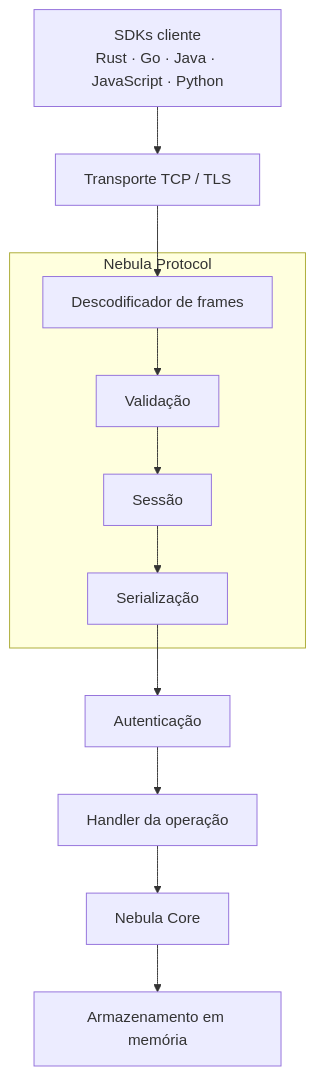
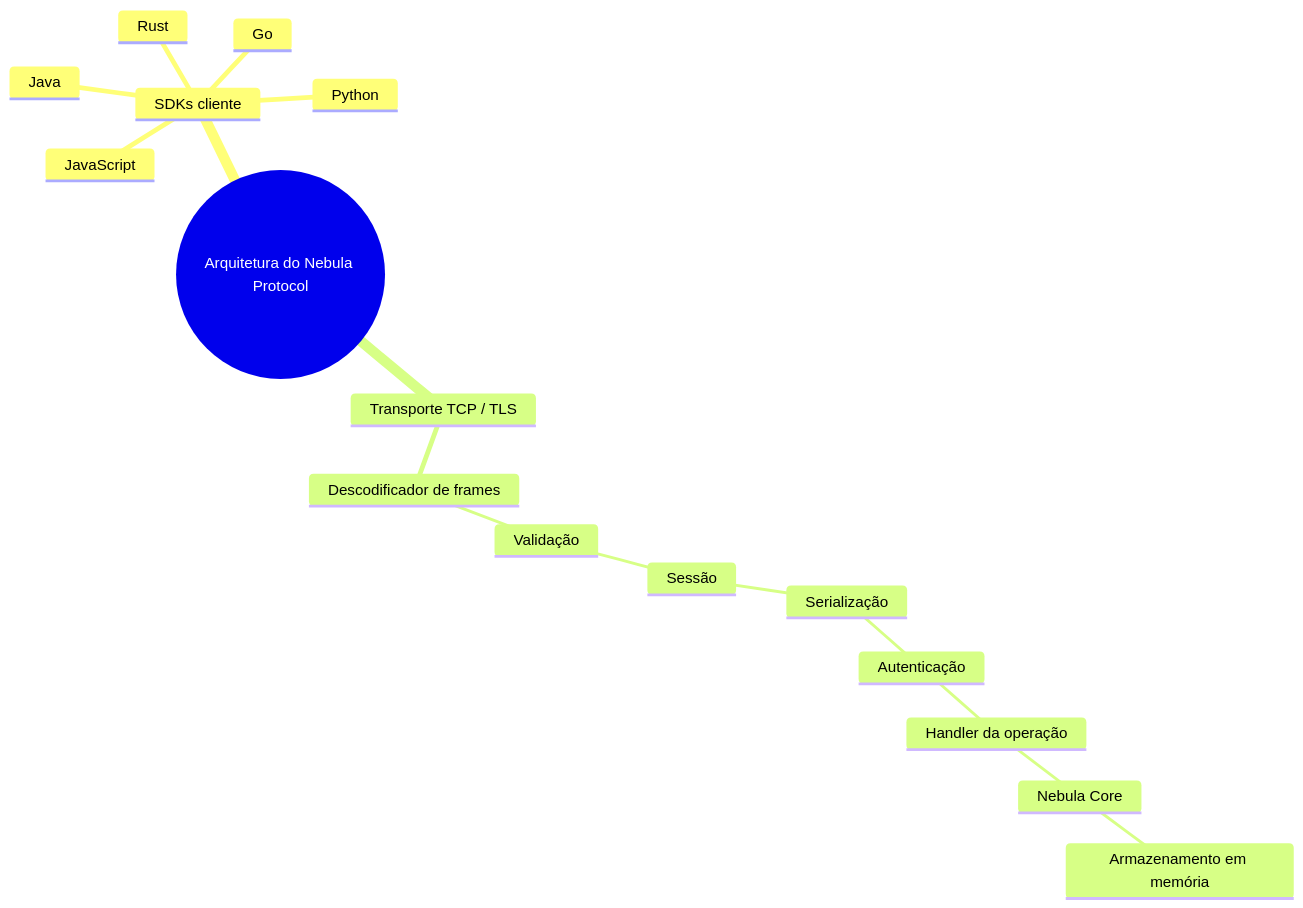
Before and after one commit to dyotamo/blog: the fifth of 5 diagrams in content/pt/articles/nebula-protocol/index.md, drawn with Mermaid. The commit also changed other lines of this file and 26 other files, not shown here.

````diff
--- a/content/pt/articles/nebula-protocol/index.md
+++ b/content/pt/articles/nebula-protocol/index.md
@@ -429,16 +448,19 @@
 ```mermaid
-flowchart TD
-    sdks["SDKs cliente<br/>Rust · Go · Java · JavaScript · Python"] --> transport["Transporte TCP / TLS"]
-    transport --> decoder["Descodificador de frames"]
-    subgraph protocol["Nebula Protocol"]
-        decoder
-        validation["Validação"]
-        session["Sessão"]
-        serialization["Serialização"]
-        decoder --> validation --> session --> serialization
-    end
-    serialization --> auth["Autenticação"]
-    auth --> handler["Handler da operação"]
-    handler --> core["Nebula Core"]
-    core --> storage["Armazenamento em memória"]
+mindmap
+  root((Arquitetura do Nebula Protocol))
+    SDKs cliente
+      Rust
+      Go
+      Java
+      JavaScript
+      Python
+    Transporte TCP / TLS
+      Descodificador de frames
+        Validação
+          Sessão
+            Serialização
+              Autenticação
+                Handler da operação
+                  Nebula Core
+                    Armazenamento em memória
 ```
````
